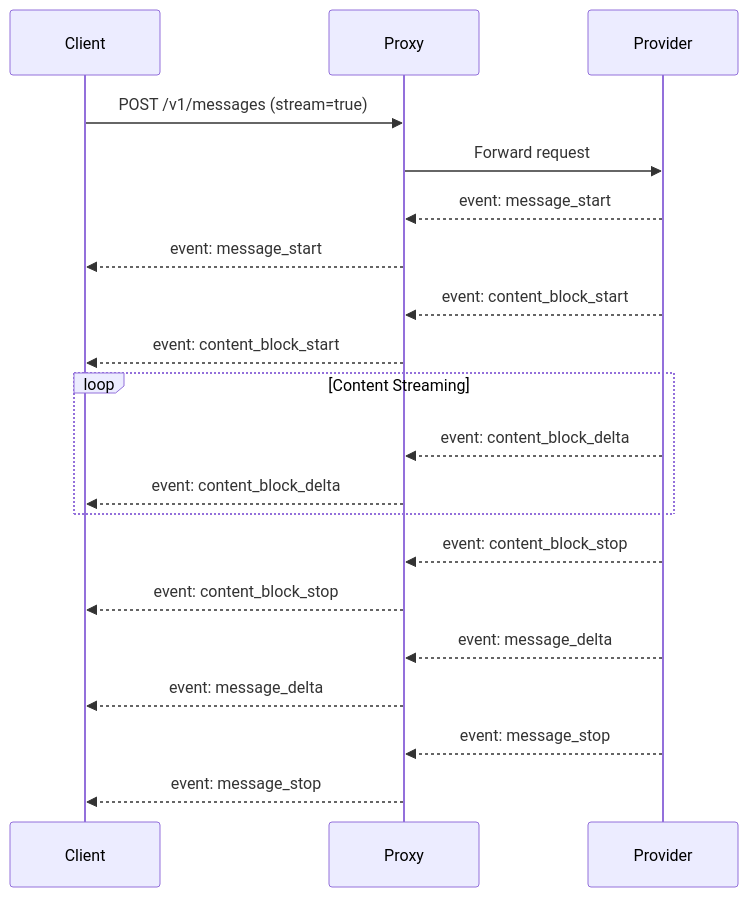
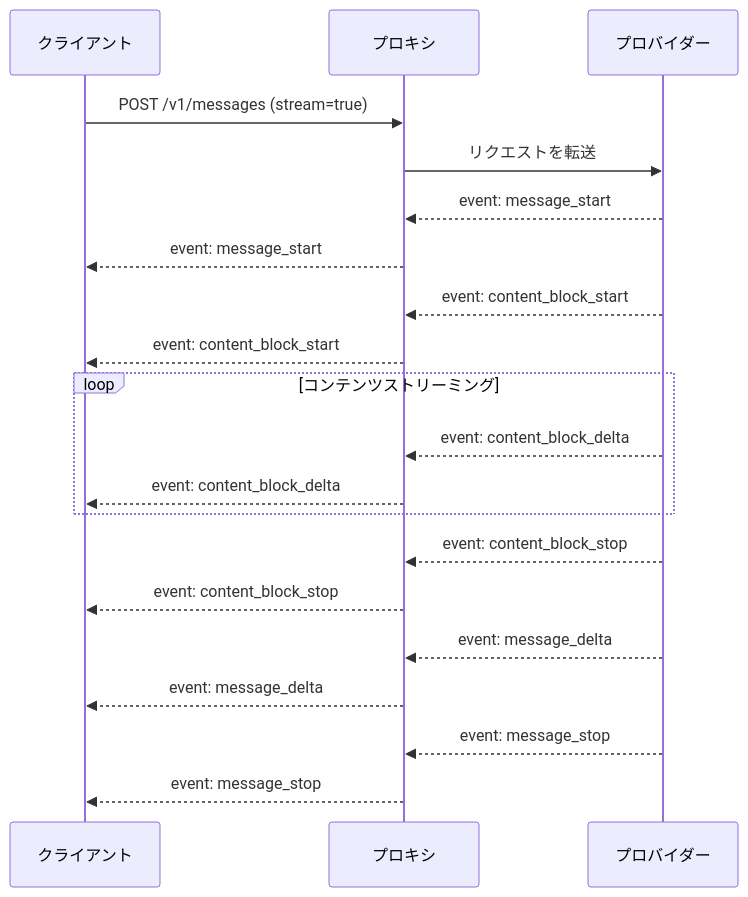
The fourth of 5 diagrams in docs-site/content/ja/docs/architecture.md (omarluq/cc-relay), drawn with Mermaid before and after one commit. The commit also changed other lines of this file and 4 other files, not shown here.

First line of the commit message:
docs: translate architecture.md to all supported languages

````diff
--- a/docs-site/content/ja/docs/architecture.md
+++ b/docs-site/content/ja/docs/architecture.md
@@ -210,29 +210,29 @@
 ```mermaid
 sequenceDiagram
-    participant Client
-    participant Proxy
-    participant Provider
+    participant Client as クライアント
+    participant Proxy as プロキシ
+    participant Provider as プロバイダー
 
     Client->>Proxy: POST /v1/messages (stream=true)
-    Proxy->>Provider: Forward request
+    Proxy->>Provider: リクエストを転送
 
     Provider-->>Proxy: event: message_start
     Proxy-->>Client: event: message_start
 
     Provider-->>Proxy: event: content_block_start
     Proxy-->>Client: event: content_block_start
 
-    loop Content Streaming
+    loop コンテンツストリーミング
         Provider-->>Proxy: event: content_block_delta
         Proxy-->>Client: event: content_block_delta
     end
 
     Provider-->>Proxy: event: content_block_stop
     Proxy-->>Client: event: content_block_stop
 
     Provider-->>Proxy: event: message_delta
     Proxy-->>Client: event: message_delta
 
     Provider-->>Proxy: event: message_stop
     Proxy-->>Client: event: message_stop
 ```
````
